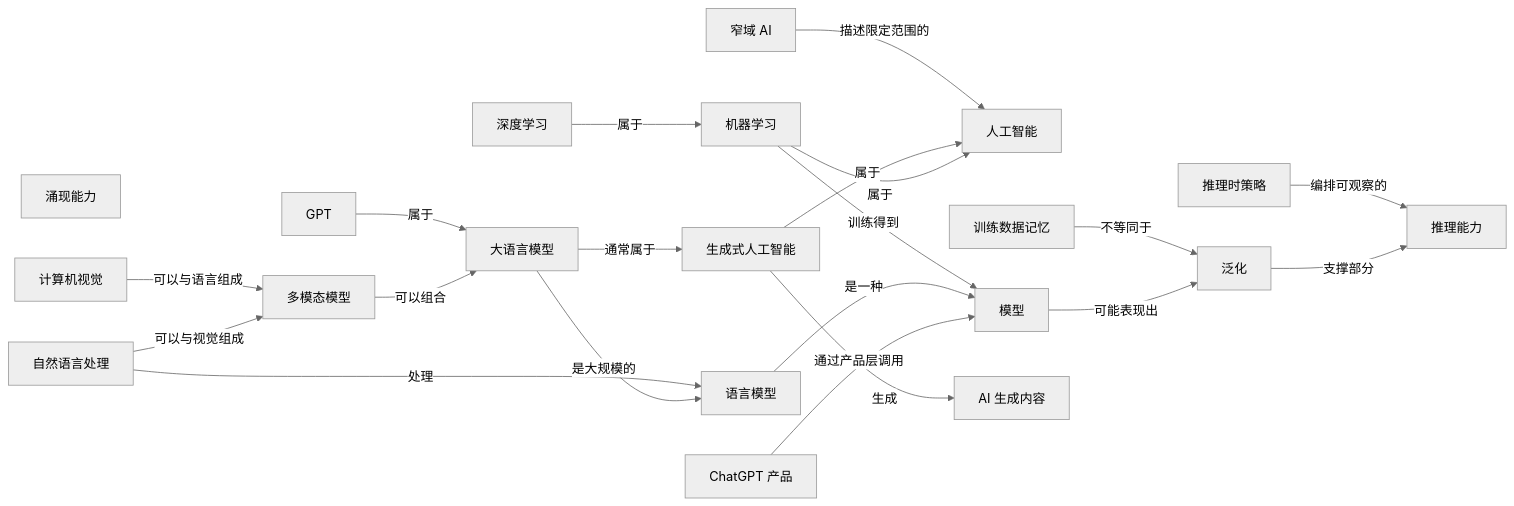
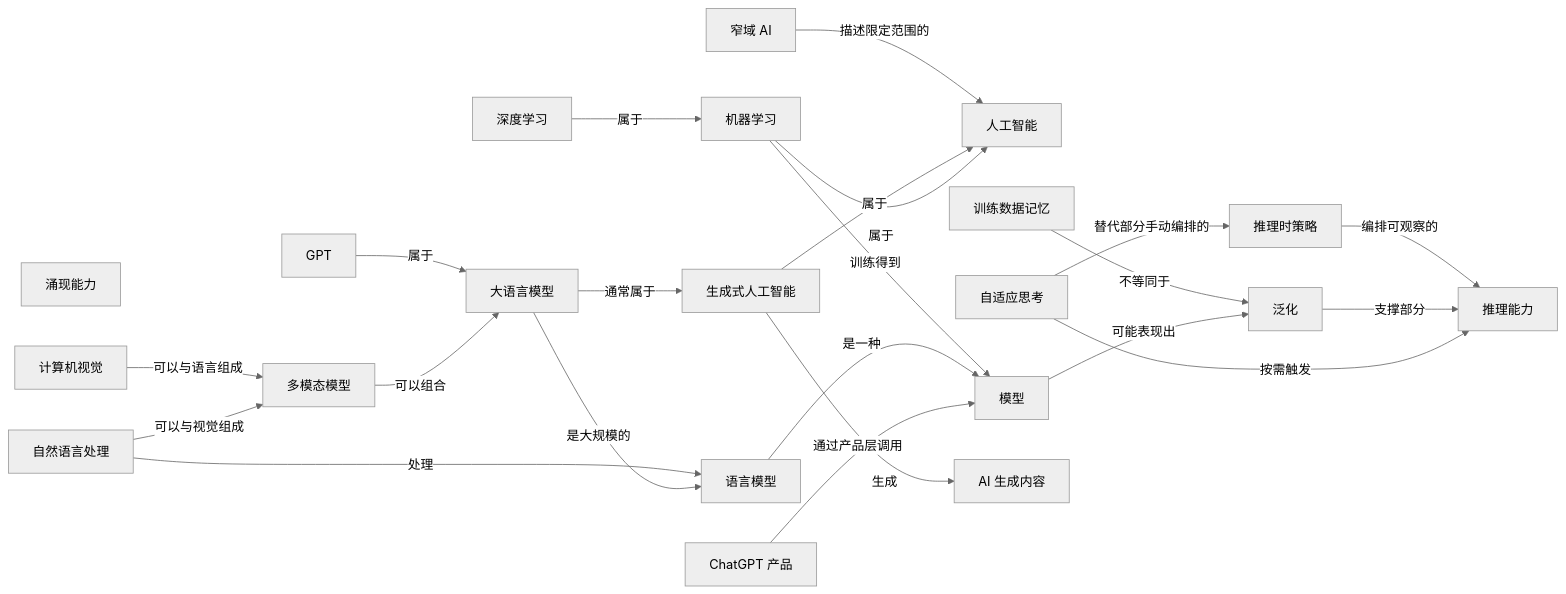
Before and after one commit to z-Zihan/LLM-101: the first of 10 diagrams in 知识网络.md, drawn with Mermaid (neutral theme). The commit also changed other lines of this file and 5 other files, not shown here.

First line of the commit message:
docs(reasoning): add adaptive thinking section on confidence-gated reasoning (#5)

````diff
--- a/知识网络.md
+++ b/知识网络.md
@@ -172,41 +173,44 @@
 ```mermaid
 flowchart LR
     n_ai["人工智能"]
     n_machine_learning["机器学习"]
     n_deep_learning["深度学习"]
     n_model["模型"]
     n_language_model["语言模型"]
     n_llm["大语言模型"]
     n_gpt["GPT"]
     n_chatgpt_product["ChatGPT 产品"]
     n_generalization["泛化"]
     n_memorization["训练数据记忆"]
     n_reasoning["推理能力"]
+    n_adaptive_thinking["自适应思考"]
     n_reasoning_strategies["推理时策略"]
     n_emergence["涌现能力"]
     n_multimodal["多模态模型"]
     n_narrow_ai["窄域 AI"]
     n_generative_ai["生成式人工智能"]
     n_aigc["AI 生成内容"]
     n_nlp["自然语言处理"]
     n_computer_vision["计算机视觉"]
     n_reasoning_strategies -->|"编排可观察的"| n_reasoning
     n_memorization -->|"不等同于"| n_generalization
     n_narrow_ai -->|"描述限定范围的"| n_ai
     n_generative_ai -->|"属于"| n_ai
     n_generative_ai -->|"生成"| n_aigc
     n_llm -->|"通常属于"| n_generative_ai
     n_nlp -->|"处理"| n_language_model
     n_computer_vision -->|"可以与语言组成"| n_multimodal
     n_nlp -->|"可以与视觉组成"| n_multimodal
     n_machine_learning -->|"属于"| n_ai
     n_deep_learning -->|"属于"| n_machine_learning
     n_machine_learning -->|"训练得到"| n_model
     n_language_model -->|"是一种"| n_model
     n_llm -->|"是大规模的"| n_language_model
     n_gpt -->|"属于"| n_llm
     n_chatgpt_product -->|"通过产品层调用"| n_model
     n_model -->|"可能表现出"| n_generalization
     n_generalization -->|"支撑部分"| n_reasoning
     n_multimodal -->|"可以组合"| n_llm
+    n_adaptive_thinking -->|"按需触发"| n_reasoning
+    n_adaptive_thinking -->|"替代部分手动编排的"| n_reasoning_strategies
 ```
````
